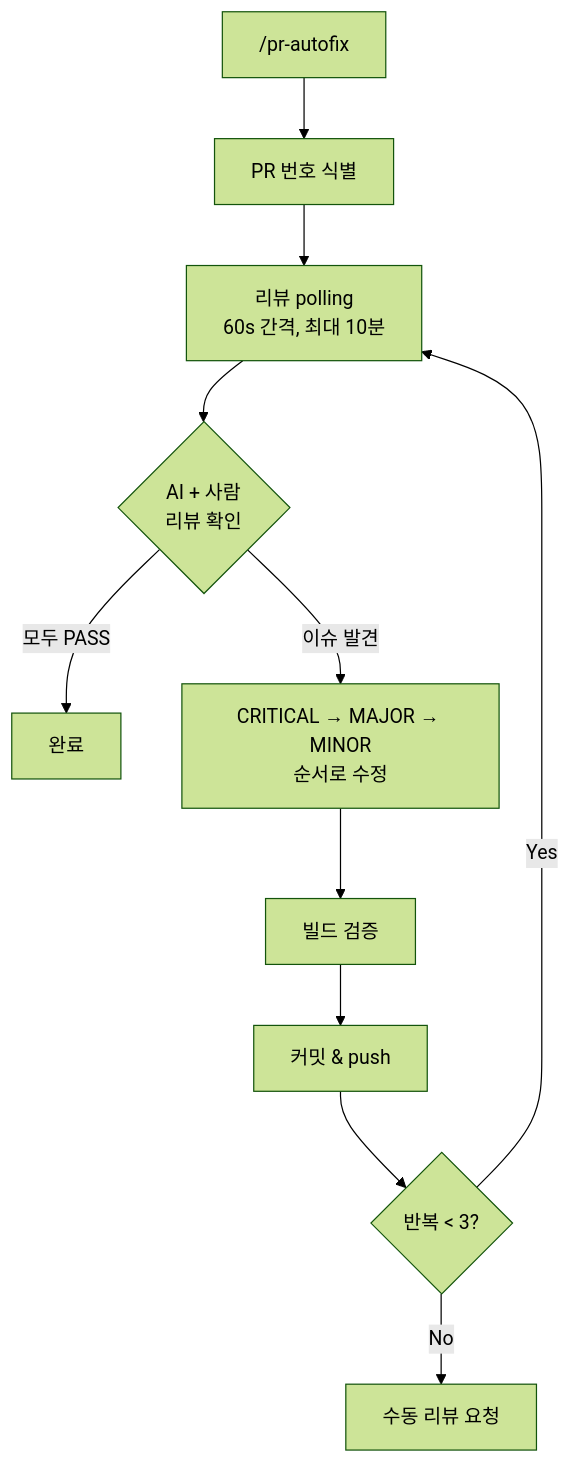
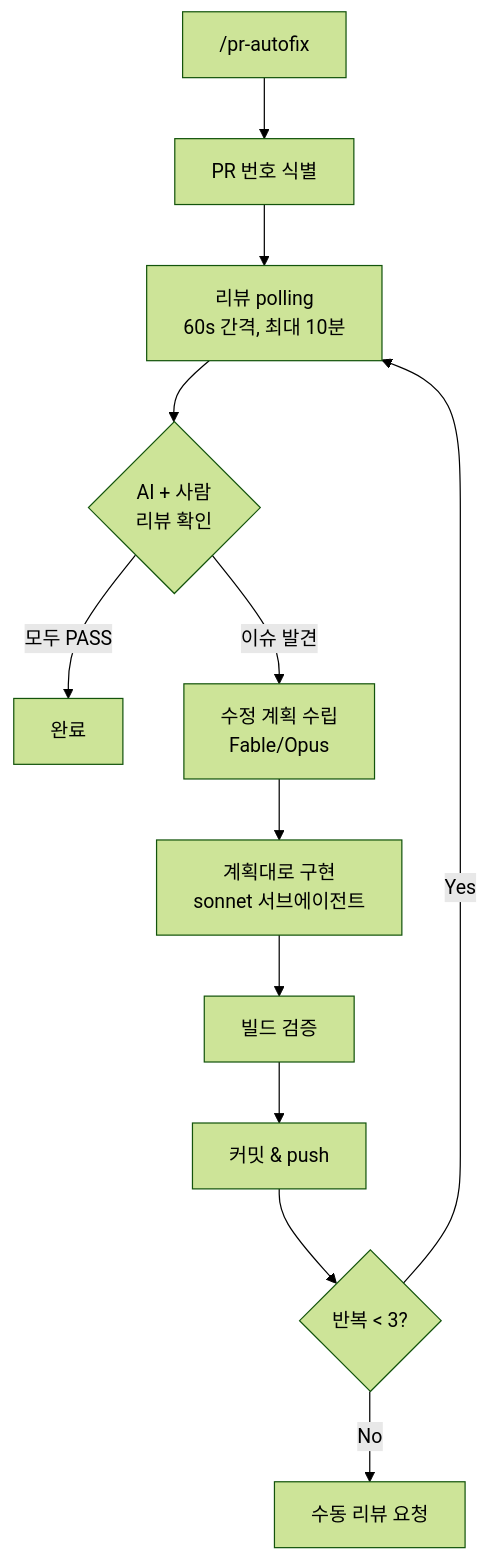
One commit to Atom-oh/oh-my-cloud-skills changed the diagram in doc-sites/docs/project-init/skills/pr-autofix.md. Above: the diagram before and after it, drawn with Mermaid (forest theme). The commit also changed other lines of this file and 4 other files, not shown here.

First line of the commit message:
feat(project-init): pr-autofix model tiering — plan on Fable/Opus, implement on sonnet

````diff
--- a/doc-sites/docs/project-init/skills/pr-autofix.md
+++ b/doc-sites/docs/project-init/skills/pr-autofix.md
@@ -21,13 +26,14 @@
 ```mermaid
 flowchart TD
     A["/pr-autofix"] --> B[PR 번호 식별]
     B --> C[리뷰 polling<br/>60s 간격, 최대 10분]
     C --> D{AI + 사람<br/>리뷰 확인}
     D -->|모두 PASS| E[완료]
-    D -->|이슈 발견| F[CRITICAL → MAJOR → MINOR<br/>순서로 수정]
-    F --> G[빌드 검증]
+    D -->|이슈 발견| F[수정 계획 수립<br/>Fable/Opus]
+    F --> F2[계획대로 구현<br/>sonnet 서브에이전트]
+    F2 --> G[빌드 검증]
     G --> H[커밋 & push]
     H --> I{반복 < 3?}
     I -->|Yes| C
     I -->|No| J[수동 리뷰 요청]
 ```
````
